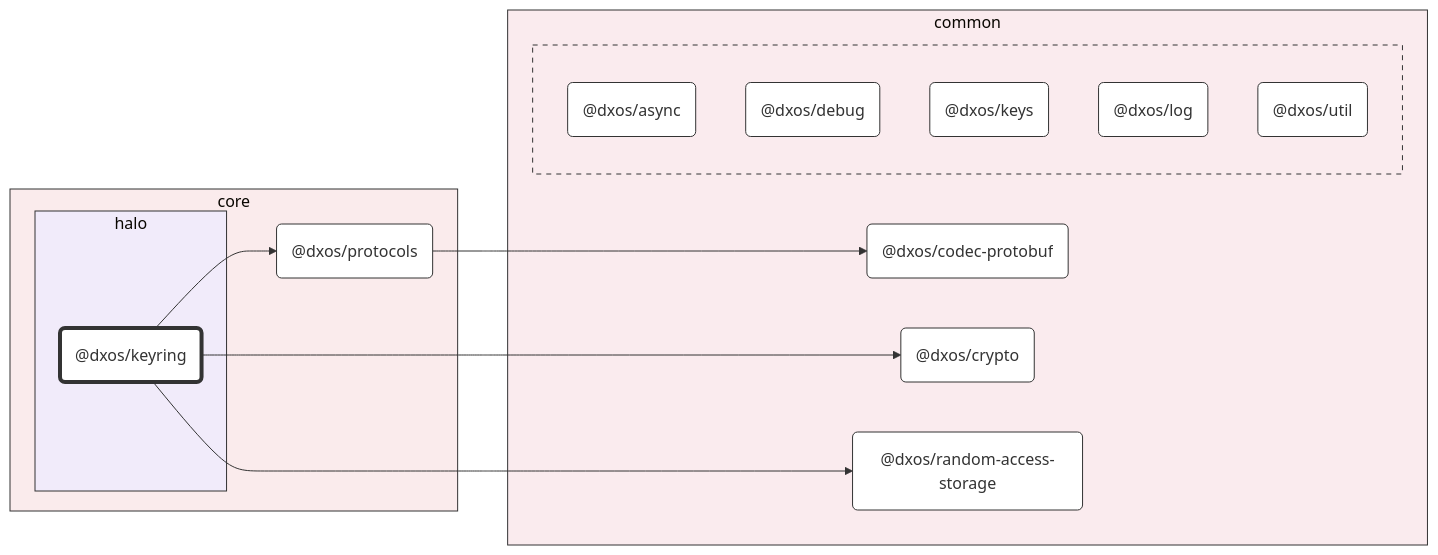
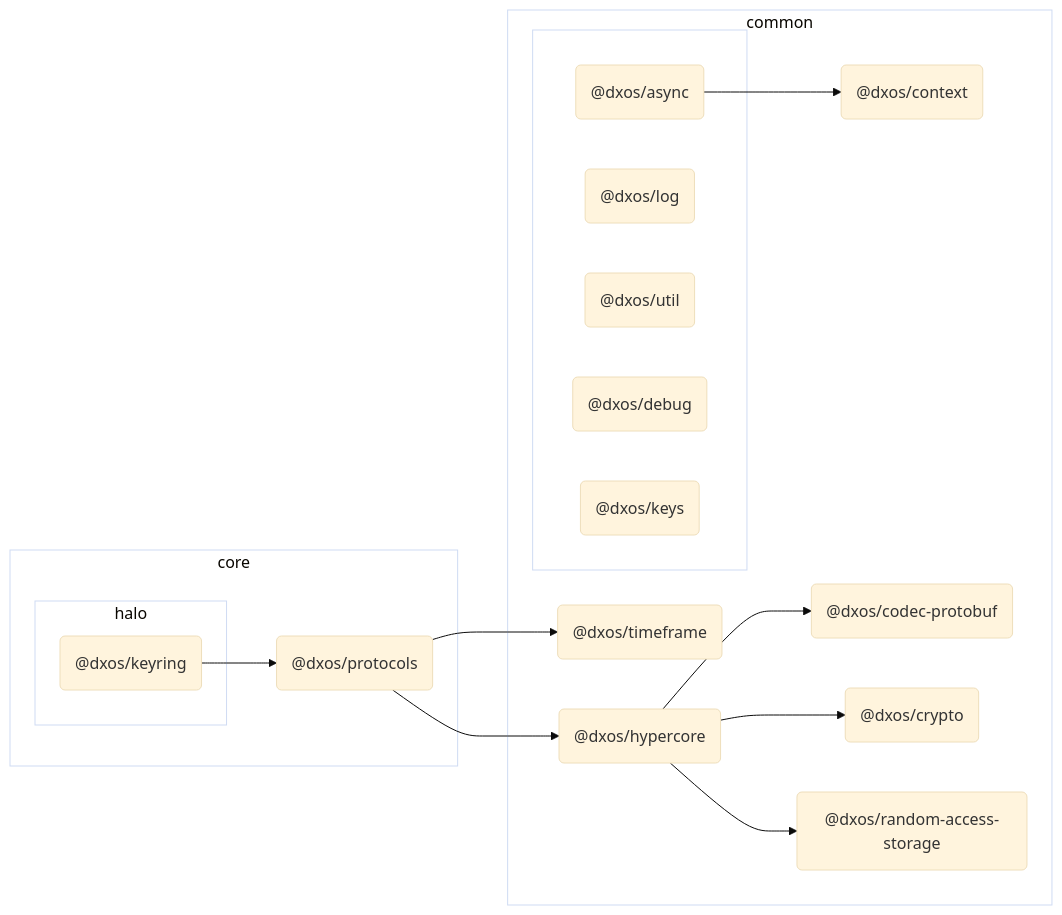
The diagram in packages/core/halo/keyring/docs/README.md (dxos/dxos), drawn with Mermaid (base theme) before and after one commit. The commit also changed other lines of this file and 126 other files, not shown here.

````diff
--- a/packages/core/halo/keyring/docs/README.md
+++ b/packages/core/halo/keyring/docs/README.md
@@ -7,54 +7,62 @@
 ```mermaid
 %%{ init: {'flowchart':{'curve':'basis'}} }%%
 
 flowchart LR
 
 %% Classes
-classDef def fill:#fff,stroke:#333,stroke-width:1px
-classDef root fill:#fff,stroke:#333,stroke-width:4px
+
+
 
 %% Nodes
 
 subgraph core [core]
-  style core fill:#faebec,stroke:#333
+  style core fill:transparent
   dxos/protocols("@dxos/protocols"):::def
   click dxos/protocols "dxos/dxos/tree/main/packages/core/protocols/docs"
 
   subgraph halo [halo]
-    style halo fill:#f1ebfa,stroke:#333
+    style halo fill:transparent
     dxos/keyring("@dxos/keyring"):::root
     click dxos/keyring "dxos/dxos/tree/main/packages/core/halo/keyring/docs"
   end
 end
 
 subgraph common [common]
-  style common fill:#faebee,stroke:#333
+  style common fill:transparent
+  dxos/context("@dxos/context"):::def
+  click dxos/context "dxos/dxos/tree/main/packages/common/context/docs"
   dxos/codec-protobuf("@dxos/codec-protobuf"):::def
   click dxos/codec-protobuf "dxos/dxos/tree/main/packages/common/codec-protobuf/docs"
   dxos/crypto("@dxos/crypto"):::def
   click dxos/crypto "dxos/dxos/tree/main/packages/common/crypto/docs"
+  dxos/hypercore("@dxos/hypercore"):::def
+  click dxos/hypercore "dxos/dxos/tree/main/packages/common/hypercore/docs"
   dxos/random-access-storage("@dxos/random-access-storage"):::def
   click dxos/random-access-storage "dxos/dxos/tree/main/packages/common/random-access-storage/docs"
+  dxos/timeframe("@dxos/timeframe"):::def
+  click dxos/timeframe "dxos/dxos/tree/main/packages/common/timeframe/docs"
 
   subgraph _ [ ]
-    style _ fill:#faebee,stroke:#333,stroke-dasharray:5 5
+    style _ fill:transparent
     dxos/async("@dxos/async"):::def
     click dxos/async "dxos/dxos/tree/main/packages/common/async/docs"
+    dxos/log("@dxos/log"):::def
+    click dxos/log "dxos/dxos/tree/main/packages/common/log/docs"
+    dxos/util("@dxos/util"):::def
+    click dxos/util "dxos/dxos/tree/main/packages/common/util/docs"
     dxos/debug("@dxos/debug"):::def
     click dxos/debug "dxos/dxos/tree/main/packages/common/debug/docs"
     dxos/keys("@dxos/keys"):::def
     click dxos/keys "dxos/dxos/tree/main/packages/common/keys/docs"
-    dxos/log("@dxos/log"):::def
-    click dxos/log "dxos/dxos/tree/main/packages/common/log/docs"
-    dxos/util("@dxos/util"):::def
-    click dxos/util "dxos/dxos/tree/main/packages/common/util/docs"
   end
 end
 
 %% Links
-linkStyle default stroke:#333,stroke-width:1px
-dxos/keyring --> dxos/crypto
+dxos/async --> dxos/context
 dxos/keyring --> dxos/protocols
-dxos/protocols --> dxos/codec-protobuf
-dxos/keyring --> dxos/random-access-storage
+dxos/protocols --> dxos/hypercore
+dxos/hypercore --> dxos/codec-protobuf
+dxos/hypercore --> dxos/crypto
+dxos/hypercore --> dxos/random-access-storage
+dxos/protocols --> dxos/timeframe
 ```
````
